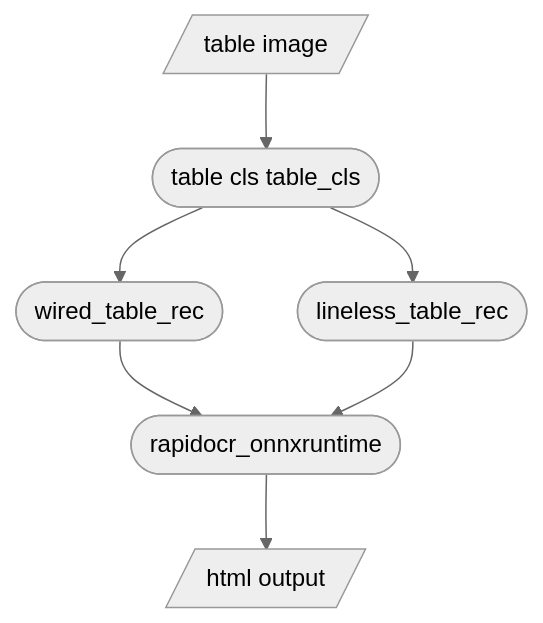
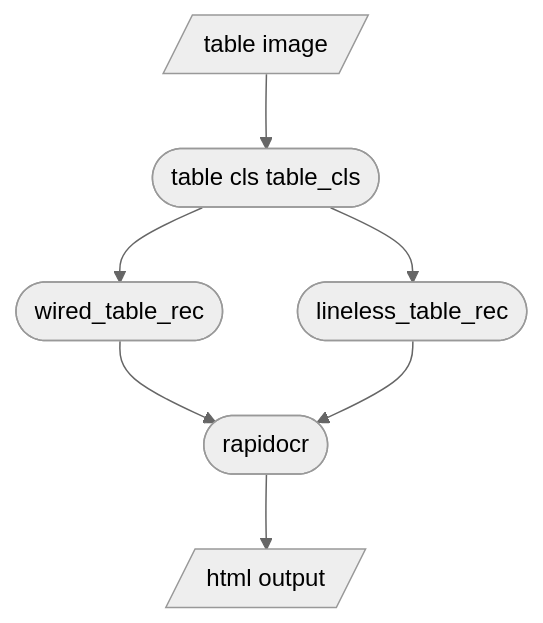
Before and after one commit to RapidAI/TableStructureRec: the diagram in README_en.md, drawn with Mermaid (neutral theme). The commit also changed other lines of this file and 11 other files, not shown here.

````diff
--- a/README_en.md
+++ b/README_en.md
@@ -251,6 +269,6 @@
 ```mermaid
 flowchart TD
     A[/table image/] --> B([table cls table_cls])
-    B --> C([wired_table_rec]) & D([lineless_table_rec]) --> E([rapidocr_onnxruntime])
+    B --> C([wired_table_rec]) & D([lineless_table_rec]) --> E([rapidocr])
     E --> F[/html output/]
 ```
````
